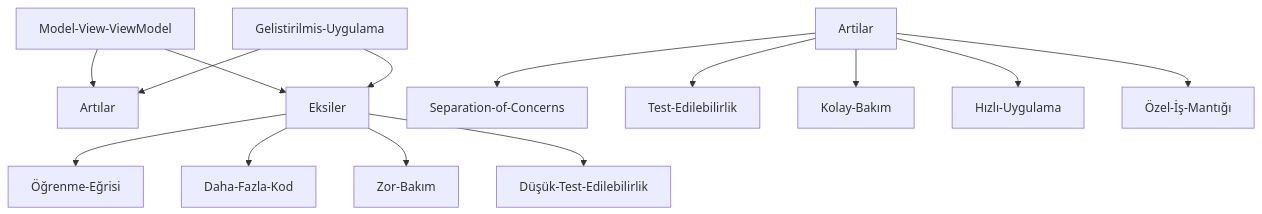
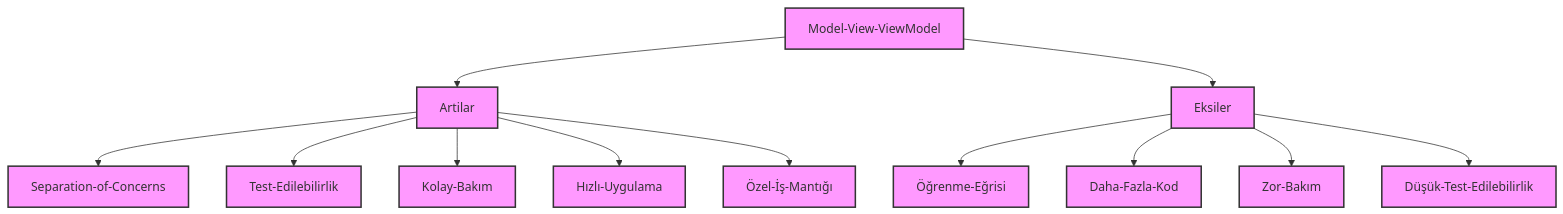
One commit to xanthidcrab/ozgenc-3 changed the diagram in README.md. Above: the diagram before and after it, drawn with Mermaid. The commit also changed 1 other file, not shown here.

Commit message:
README.md updated

````diff
--- a/README.md
+++ b/README.md
@@ -314,25 +314,38 @@
 ```mermaid
 flowchart TB
-    Model-View-ViewModel  --> Artılar
+    Model-View-ViewModel  --> Artilar
     Model-View-ViewModel  --> Eksiler
 
     
-    Gelistirilmis-Uygulama --> Artılar
-    Gelistirilmis-Uygulama --> Eksiler
 
     Artilar --> Separation-of-Concerns
     Artilar --> Test-Edilebilirlik
     Artilar --> Kolay-Bakım
 
     Eksiler --> Öğrenme-Eğrisi
     Eksiler --> Daha-Fazla-Kod
 
     Artilar --> Hızlı-Uygulama
     Artilar --> Özel-İş-Mantığı
 
     Eksiler --> Zor-Bakım
     Eksiler --> Düşük-Test-Edilebilirlik
 
+style Model-View-ViewModel fill:#f9f,stroke:#333,stroke-width:2px;
+    style Artilar fill:#f9f,stroke:#333,stroke-width:2px;
+    style Eksiler fill:#f9f,stroke:#333,stroke-width:2px;
+    style Separation-of-Concerns fill:#f9f,stroke:#333,stroke-width:2px;
+    style Test-Edilebilirlik fill:#f9f,stroke:#333,stroke-width:2px;
+    style Kolay-Bakım fill:#f9f,stroke:#333,stroke-width:2px;
+    style Öğrenme-Eğrisi fill:#f9f,stroke:#333,stroke-width:2px;
+    style Daha-Fazla-Kod fill:#f9f,stroke:#333,stroke-width:2px;
+    style Hızlı-Uygulama fill:#f9f,stroke:#333,stroke-width:2px;
+    style Özel-İş-Mantığı fill:#f9f,stroke:#333,stroke-width:2px;
+    style Zor-Bakım fill:#f9f,stroke:#333,stroke-width:2px;
+    style Düşük-Test-Edilebilirlik fill:#f9f,stroke:#333,stroke-width:2px;
 
 
+
+    
+
 ```
````
